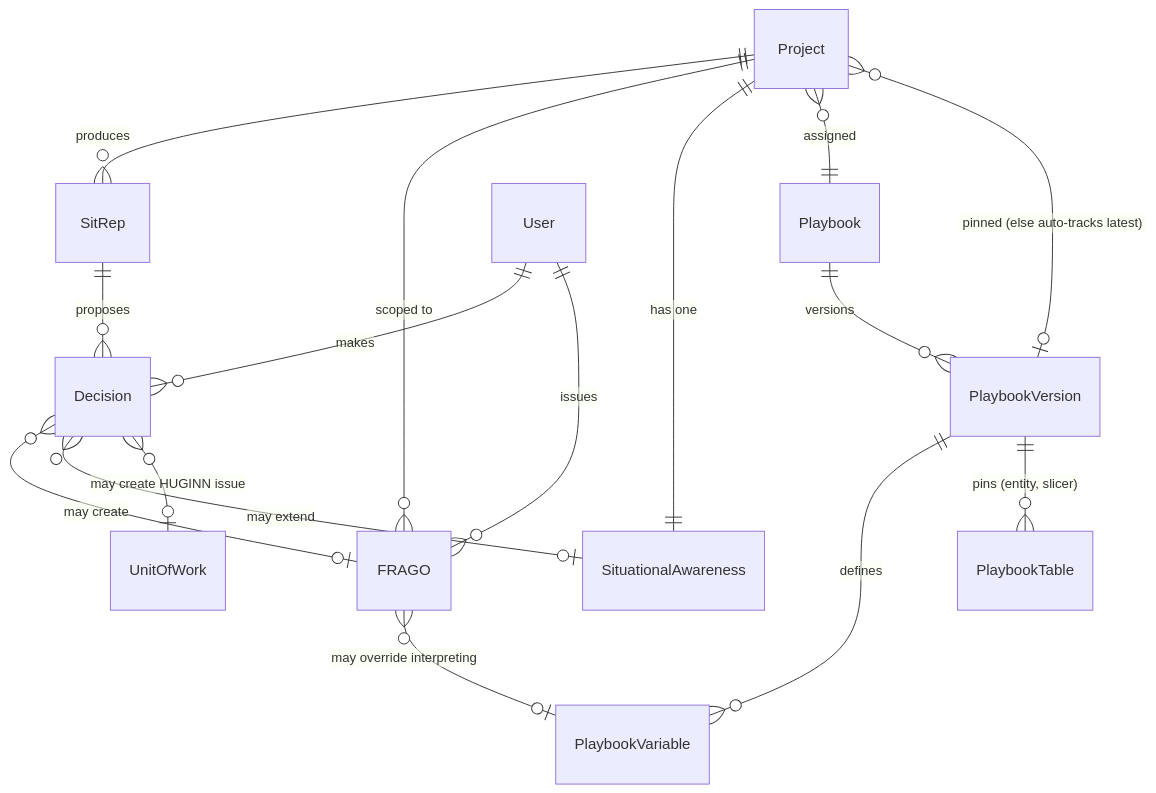
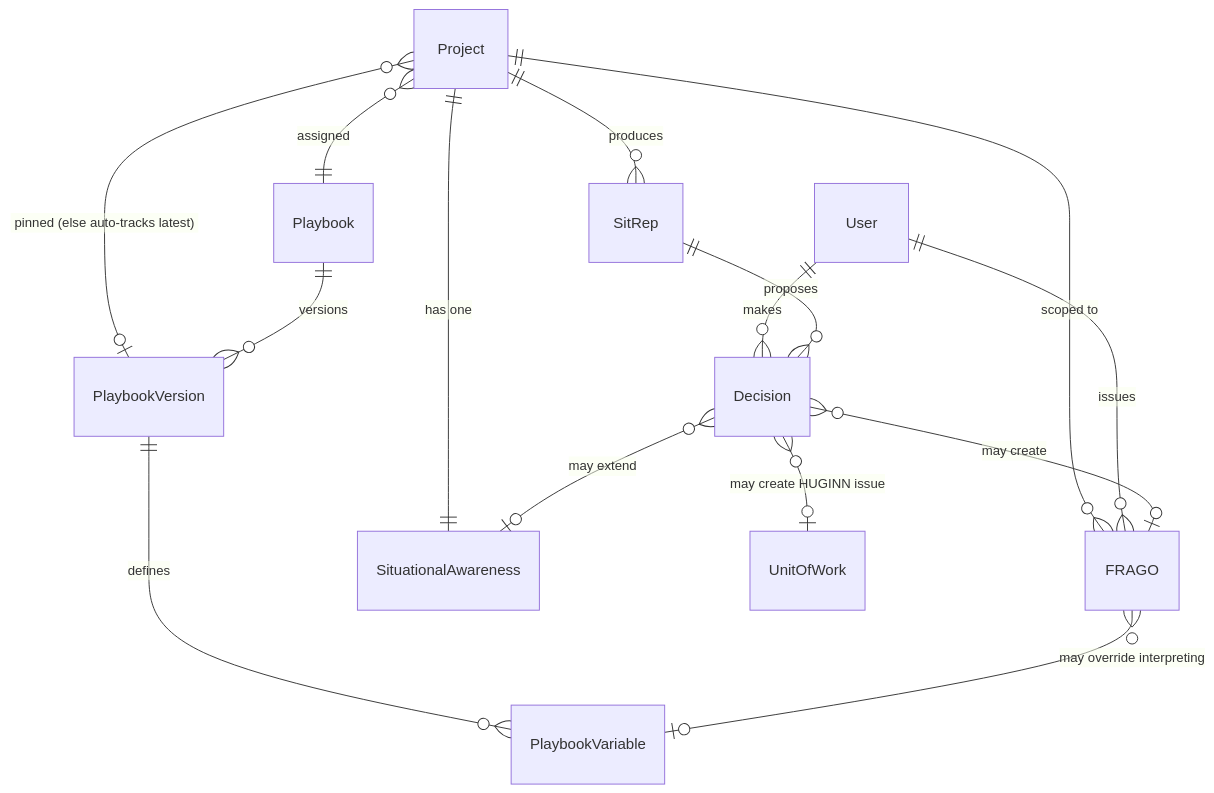
The third of 7 diagrams in docs/ideation/vision.md (FeatureFactory-io/huginn), drawn with Mermaid before and after one commit. The commit also changed other lines of this file and 12 other files, not shown here.

````diff
--- a/docs/ideation/vision.md
+++ b/docs/ideation/vision.md
@@ -198,18 +199,17 @@
 ```mermaid
 erDiagram
     Project ||--o{ SitRep : produces
     Project ||--o{ FRAGO : "scoped to"
     Project ||--|| SituationalAwareness : "has one"
     Project }o--|| Playbook : assigned
     Project }o--o| PlaybookVersion : "pinned (else auto-tracks latest)"
     Playbook ||--o{ PlaybookVersion : versions
     PlaybookVersion ||--o{ PlaybookVariable : defines
-    PlaybookVersion ||--o{ PlaybookTable : "pins (entity, slicer)"
     FRAGO }o--o| PlaybookVariable : "may override interpreting"
     User ||--o{ Decision : makes
     User ||--o{ FRAGO : issues
     SitRep ||--o{ Decision : proposes
     Decision }o--o| FRAGO : "may create"
     Decision }o--o| SituationalAwareness : "may extend"
     Decision }o--o| UnitOfWork : "may create HUGINN issue"
 ```
````
